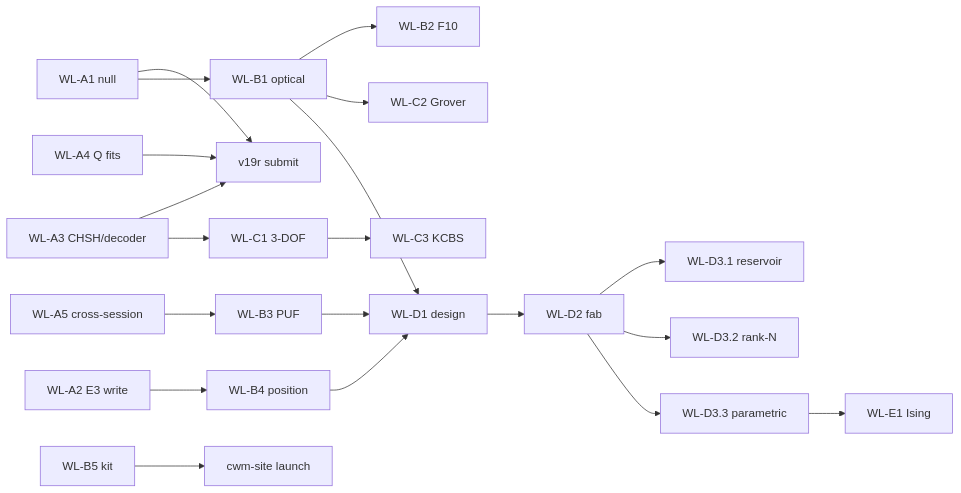
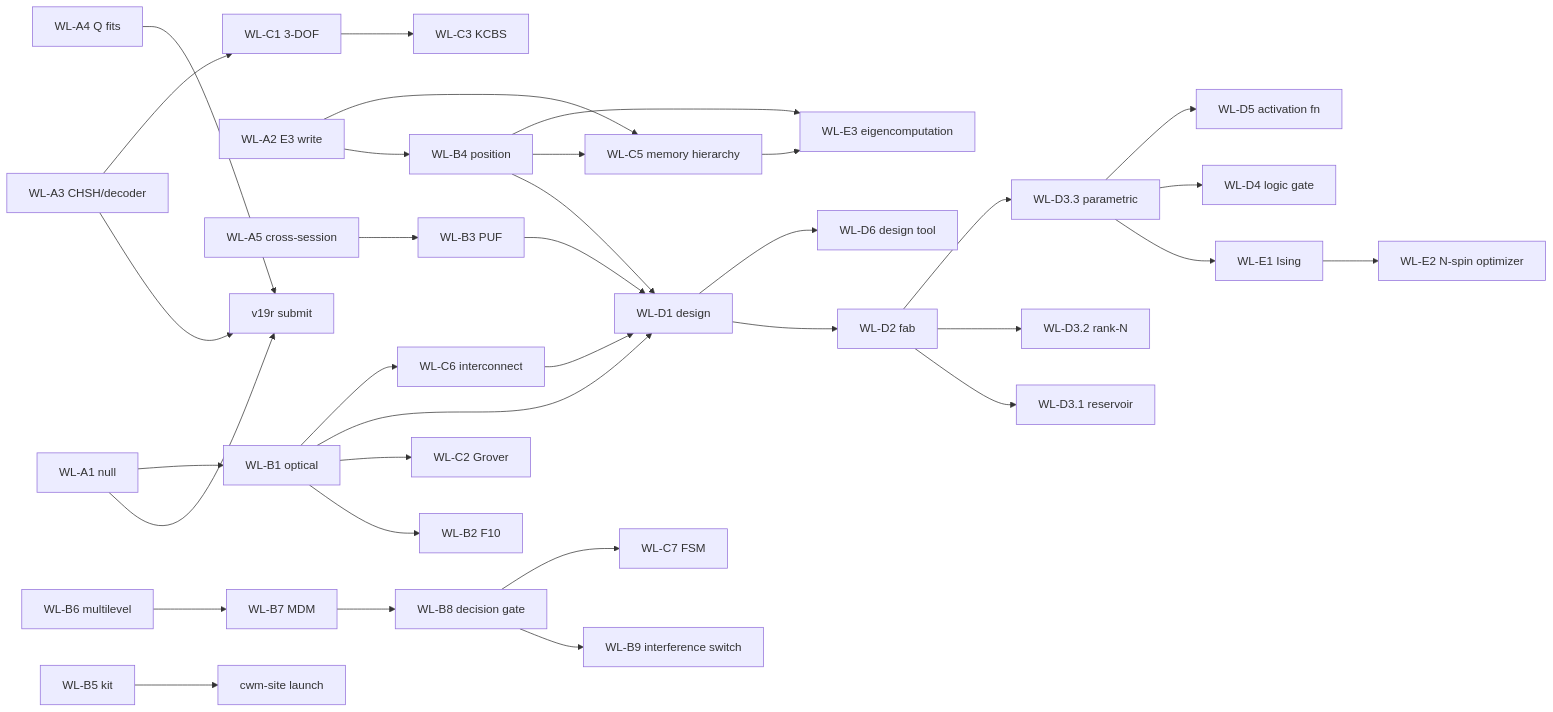
The diagram in docs/FULL_POTENTIAL_WORKLIST.md (miketierce/cwm), drawn with Mermaid before and after one commit. The commit also changed other lines of this file and 1 other file, not shown here.

First line of the commit message:
Defines comprehensive phononic computing roadmap

````diff
--- a/docs/FULL_POTENTIAL_WORKLIST.md
+++ b/docs/FULL_POTENTIAL_WORKLIST.md
@@ -355,16 +645,29 @@
 ```mermaid
 flowchart LR
     A1[WL-A1 null] --> A6[v19r submit]
     A3[WL-A3 CHSH/decoder] --> A6
     A4[WL-A4 Q fits] --> A6
     A2[WL-A2 E3 write] --> B4[WL-B4 position]
     A5[WL-A5 cross-session] --> B3[WL-B3 PUF]
     A1 --> B1[WL-B1 optical]
     B1 --> B2[WL-B2 F10]
     B1 --> C2[WL-C2 Grover]
     A3 --> C1[WL-C1 3-DOF] --> C3[WL-C3 KCBS]
     B1 & B3 & B4 --> D1[WL-D1 design] --> D2[WL-D2 fab]
     D2 --> D31[WL-D3.1 reservoir] & D32[WL-D3.2 rank-N] & D33[WL-D3.3 parametric]
     D33 --> E1[WL-E1 Ising]
     B5[WL-B5 kit] --> site[cwm-site launch]
+    %% Akhetonics-analog additions
+    B6[WL-B6 multilevel] --> B7[WL-B7 MDM]
+    B7 --> B8[WL-B8 decision gate]
+    B8 --> B9[WL-B9 interference switch]
+    B8 --> C7[WL-C7 FSM]
+    A2 & B4 --> C5[WL-C5 memory hierarchy]
+    B1 --> C6[WL-C6 interconnect]
+    C6 --> D1
+    D33 --> D4[WL-D4 logic gate]
+    D33 --> D5[WL-D5 activation fn]
+    D1 --> D6[WL-D6 design tool]
+    E1 --> E2[WL-E2 N-spin optimizer]
+    C5 & B4 --> E3[WL-E3 eigencomputation]
 ```
````
